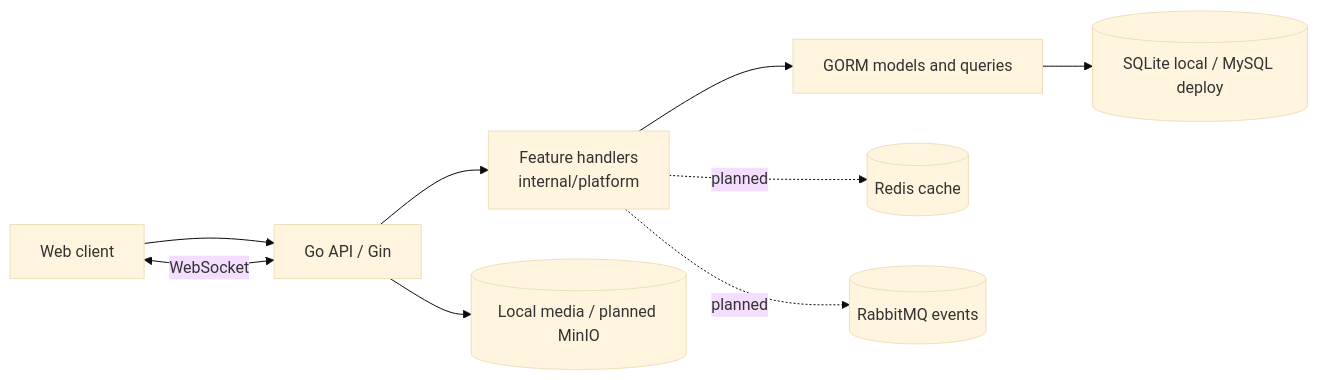
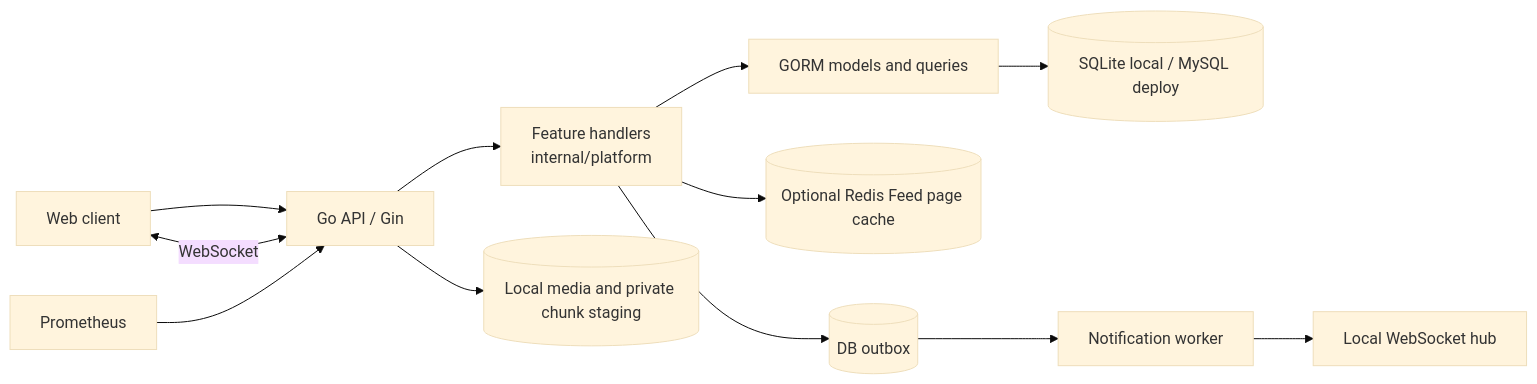
One commit to liuzhouquan/GoStream changed the diagram in docs/ARCHITECTURE.md. Above: the diagram before and after it, drawn with Mermaid (base theme). The commit also changed other lines of this file and 34 other files, not shown here.

Commit message:
feat: harden media messaging and feed cache

````diff
--- a/docs/ARCHITECTURE.md
+++ b/docs/ARCHITECTURE.md
@@ -7,11 +7,14 @@
 ```mermaid
 flowchart LR
   Web[Web client] --> API[Go API / Gin]
   API --> Handlers[Feature handlers<br/>internal/platform]
   Handlers --> GORM[GORM models and queries]
+  Handlers --> Redis[(Optional Redis Feed page cache)]
   GORM --> DB[(SQLite local / MySQL deploy)]
-  Handlers -. planned .-> Redis[(Redis cache)]
-  Handlers -. planned .-> MQ[(RabbitMQ events)]
-  API --> Media[(Local media / planned MinIO)]
+  Handlers --> Outbox[(DB outbox)]
+  Outbox --> Worker[Notification worker]
+  Worker --> WS[Local WebSocket hub]
+  API --> Media[(Local media and private chunk staging)]
+  Prometheus --> API
   API <-->|WebSocket| Web
 ```
````
